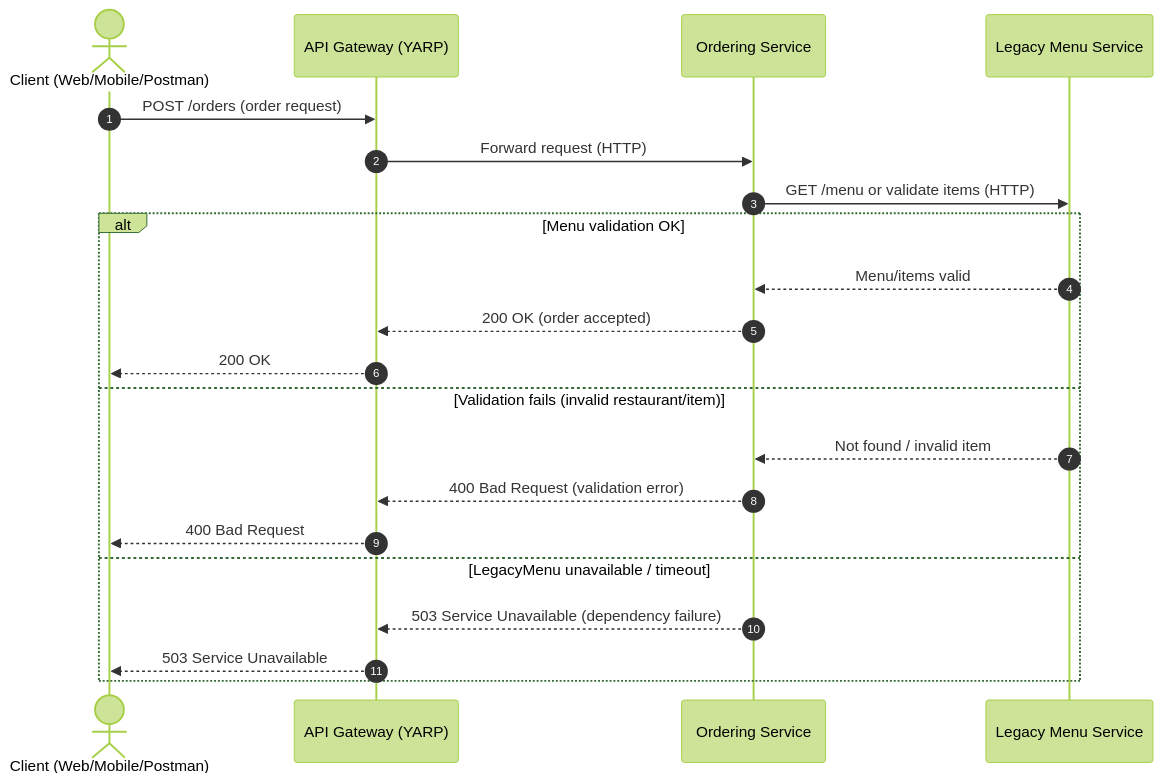
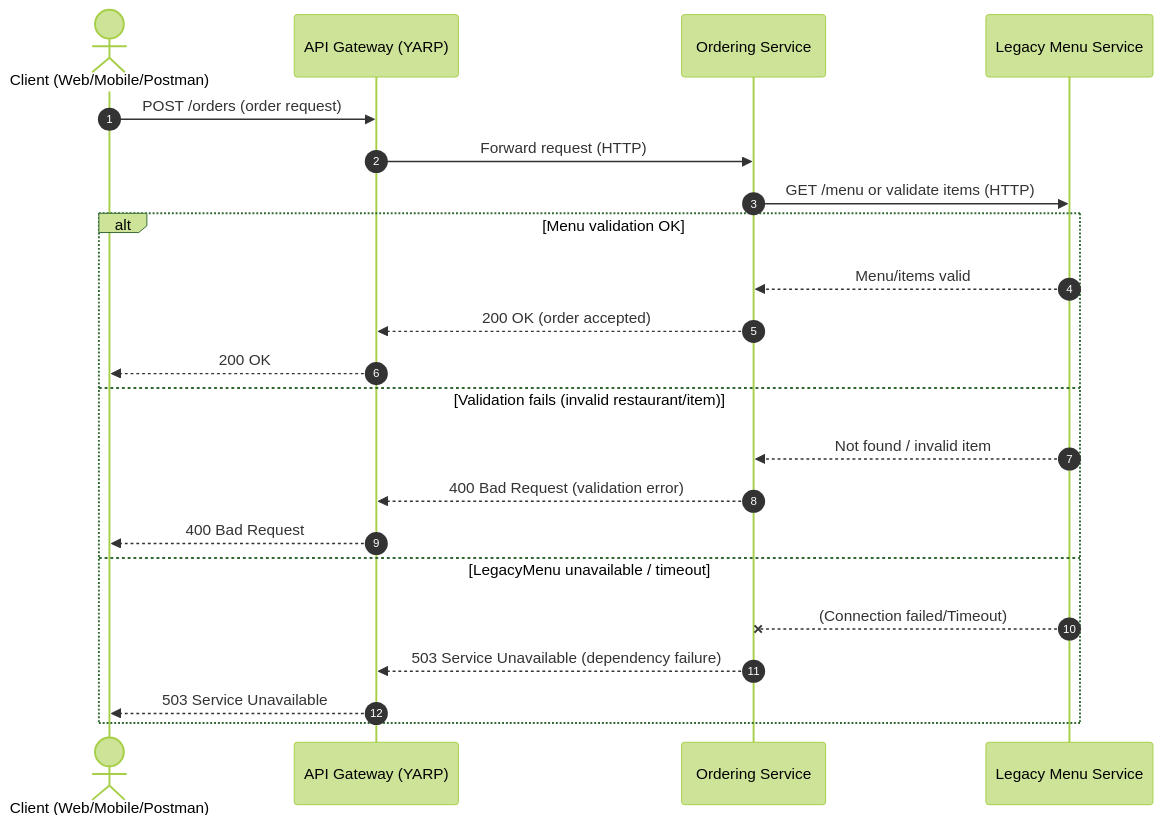
The diagram in docs/diagrams/sequence-order-flow.mmd (VivekNagra/mtogo-final-exam), drawn with Mermaid (forest theme) before and after one commit. The commit also changed 1 other file, not shown here.

Commit message:
Improve formatting and clarity in component and sequence diagrams

```diff
--- a/docs/diagrams/sequence-order-flow.mmd
+++ b/docs/diagrams/sequence-order-flow.mmd
@@ -1,23 +1,25 @@
 sequenceDiagram
   autonumber
   actor Client as Client (Web/Mobile/Postman)
   participant GW as API Gateway (YARP)
   participant ORD as Ordering Service
   participant MENU as Legacy Menu Service
 
   Client->>GW: POST /orders (order request)
   GW->>ORD: Forward request (HTTP)
 
   ORD->>MENU: GET /menu or validate items (HTTP)
+  
   alt Menu validation OK
     MENU-->>ORD: Menu/items valid
     ORD-->>GW: 200 OK (order accepted)
     GW-->>Client: 200 OK
   else Validation fails (invalid restaurant/item)
     MENU-->>ORD: Not found / invalid item
     ORD-->>GW: 400 Bad Request (validation error)
     GW-->>Client: 400 Bad Request
   else LegacyMenu unavailable / timeout
+    MENU--xORD: (Connection failed/Timeout)
     ORD-->>GW: 503 Service Unavailable (dependency failure)
     GW-->>Client: 503 Service Unavailable
   end
```
